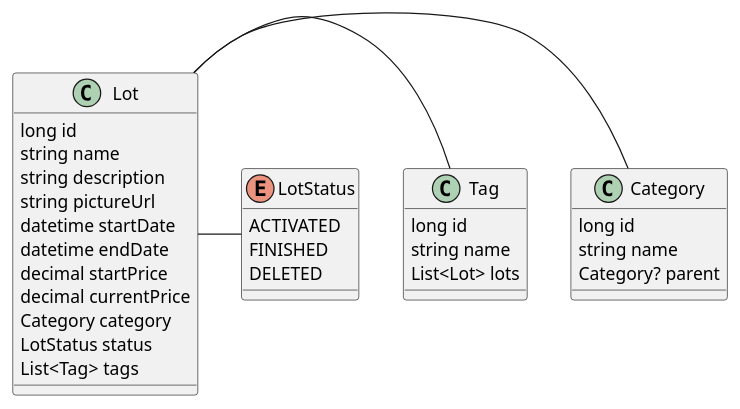
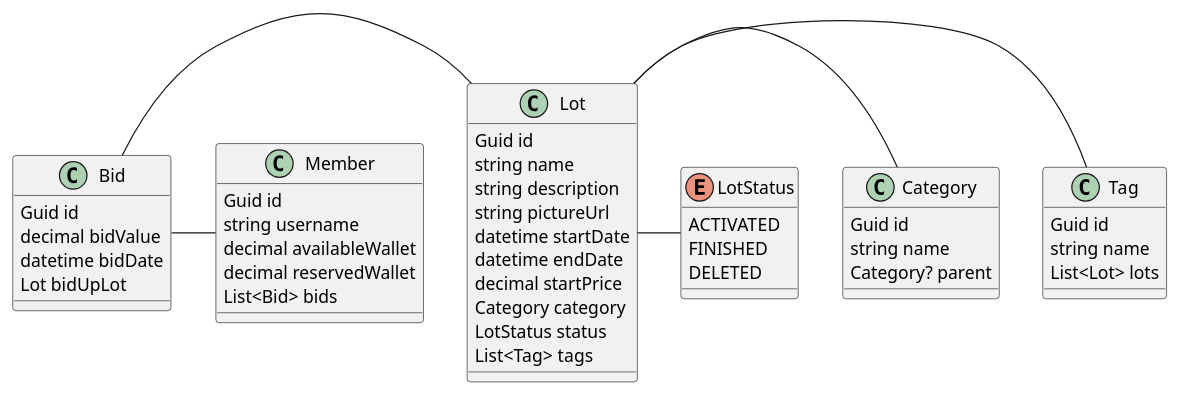
The diagram in docs/class_diagram.puml (ETML-ES-LABEFE-SEB-SEB/Backend), drawn with PlantUML before and after one commit.

Commit message:
docs: Update the class diagram with bids logic

```diff
--- a/docs/class_diagram.puml
+++ b/docs/class_diagram.puml
@@ -1,39 +1,55 @@
 @startuml
 
 class Lot {
-    long id
+    Guid id
     string name
     string description
     string pictureUrl
     datetime startDate
     datetime endDate
     decimal startPrice
-    decimal currentPrice
     Category category
     LotStatus status
     List<Tag> tags
 }
 
 class Tag {
-    long id
+    Guid id
     string name
     List<Lot> lots
 }
 
 class Category {
-    long id
+    Guid id
     string name
     Category? parent
+}
+
+class Bid {
+    Guid id
+    decimal bidValue
+    datetime bidDate
+    Lot bidUpLot
+}
+
+class Member {
+    Guid id
+    string username
+    decimal availableWallet
+    decimal reservedWallet
+    List<Bid> bids
 }
 
 enum LotStatus {
     ACTIVATED
     FINISHED
     DELETED
 }
 
+Lot - Tag
 Lot - Category
-Lot - Tag
+Bid - Lot
+Bid - Member
 Lot - LotStatus
 
 @enduml
```
